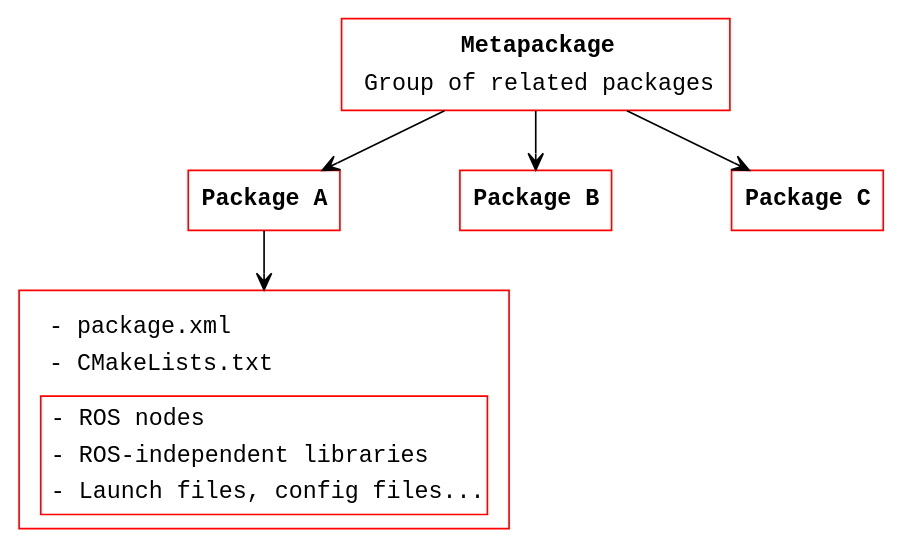
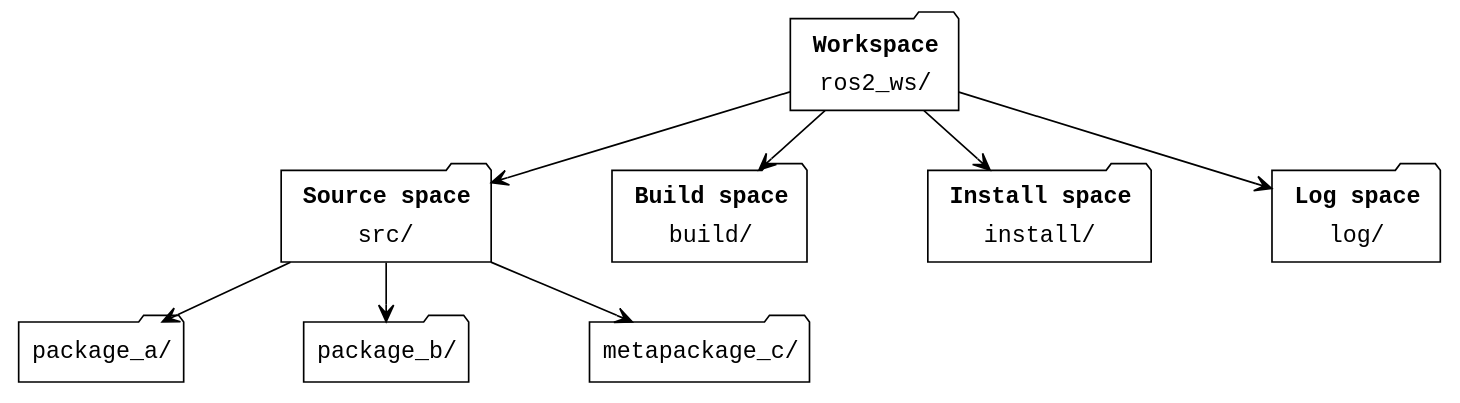
Before and after one commit to ABC-iRobotics/advanced_ros_course_materials_en: the first of 2 diagrams in docs/02_linux_ros_principles.md, drawn with Graphviz. The commit also changed other lines of this file and 2 other files, not shown here.

````diff
--- a/docs/02_linux_ros_principles.md
+++ b/docs/02_linux_ros_principles.md
@@ -72,37 +94,44 @@
-```graphviz dot packages.png
-digraph packages {
+```graphviz dot workspace.png
+digraph workspace {
 
 nodesep=1.0 // increases the separation between nodes
-node [color=Red,fontname=Courier,shape=box] //All nodes will this shape and colour
+node [color=Black,fontname=Courier,shape=folder] //All nodes will this shape and colour
 edge [color=Black, style=solid, arrowhead=open] //All the lines look like this
 
-Metapackage [label=<
+workspace [label=<
     <table border="0" cellborder="0" cellspacing="3">
-    <tr><td align="center"><b>Metapackage</b></td></tr>
-    <tr><td align="center">Group of related packages</td></tr>
+    <tr><td align="center"><b>Workspace</b></td></tr>
+    <tr><td align="center">ros2_ws/</td></tr>
    </table>>, constraint=false]
    
-   A [label=<<b>Package A</b>>, constraint=false]
-   B [label=<<b>Package B</b>>, constraint=false]
-   C [label=<<b>Package C</b>>, constraint=false]
+   src [label=<
+    <table border="0" cellborder="0" cellspacing="3">
+    <tr><td align="center"><b>Source space</b></td></tr>
+    <tr><td align="center">src/</td></tr>
+   </table>>, constraint=false]
+   build [label=<
+    <table border="0" cellborder="0" cellspacing="3">
+    <tr><td align="center"><b>Build space</b></td></tr>
+    <tr><td align="center">build/</td></tr>
+   </table>>, constraint=false]
+   install [label=<
+    <table border="0" cellborder="0" cellspacing="3">
+    <tr><td align="center"><b>Install space</b></td></tr>
+    <tr><td align="center">install/</td></tr>
+   </table>>, constraint=false]
+   log [label=<
+    <table border="0" cellborder="0" cellspacing="3">
+    <tr><td align="center"><b>Log space</b></td></tr>
+    <tr><td align="center">log/</td></tr>
+   </table>>, constraint=false]
    
-cmake [label=<
-   <table border="0" cellborder="0" cellspacing="3">
-    <tr><td><table border="0" cellborder="0" cellspacing="3">
-    <tr><td align="left">- package.xml</td></tr>
-    <tr><td align="left">- CMakeLists.txt</td></tr>
-   </table></td></tr>
-   <tr><td><table border="1" cellborder="0" cellspacing="3">
-    <tr><td align="left">- ROS nodes</td></tr>
-    <tr><td align="left">- ROS-independent libraries</td></tr>
-    <tr><td align="left">- Launch files, config files...</td></tr>
-   </table></td></tr>
-   </table>>, shape=box, constraint=false]
+   pka [label=<package_a/>, constraint=false]
+   pkb [label=<package_b/>, constraint=false]
+   mpkc [label=<metapackage_c/>, constraint=false]
+  
    
-
-   
-   Metapackage->{A,B,C}
-   A->cmake
+   workspace->{src,build,install,log}
+   src->{pka,pkb, mpkc}
 
 }
 ```
````
